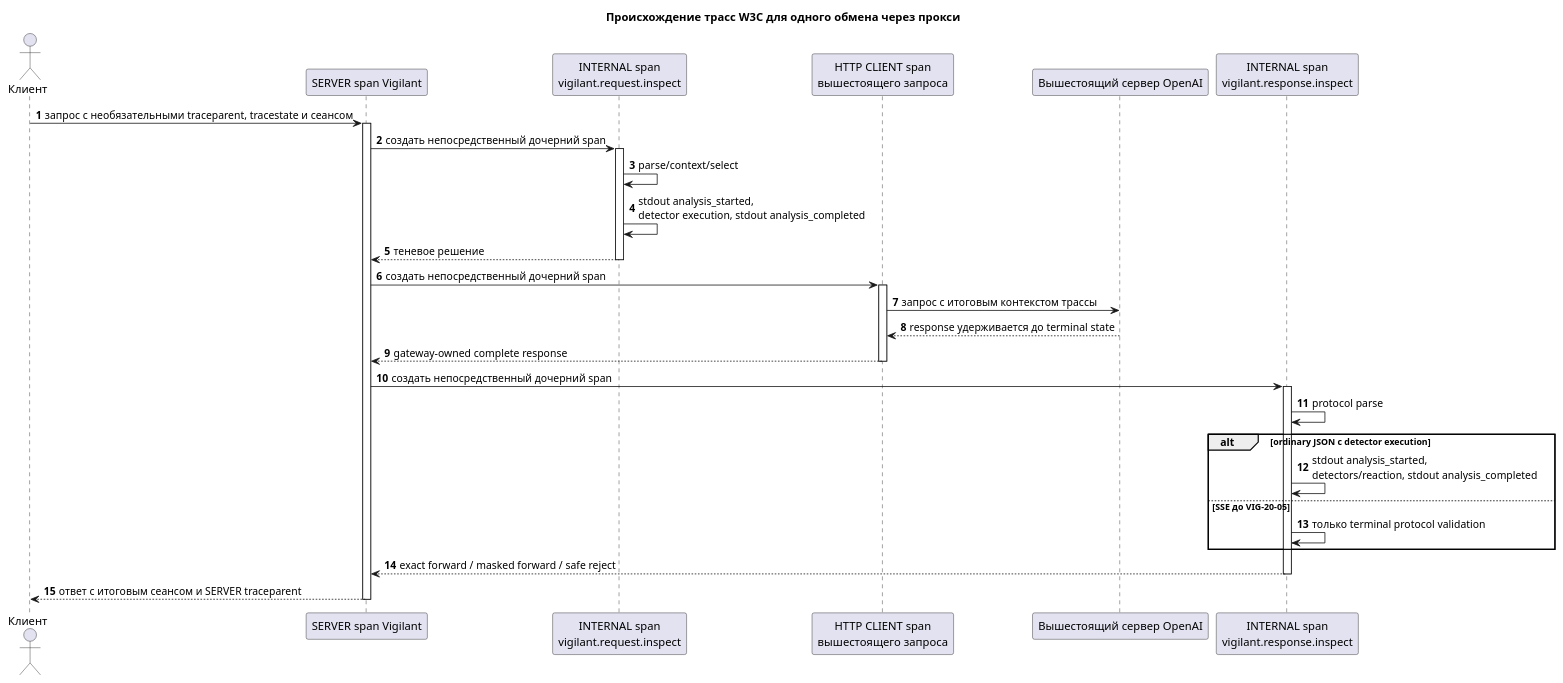
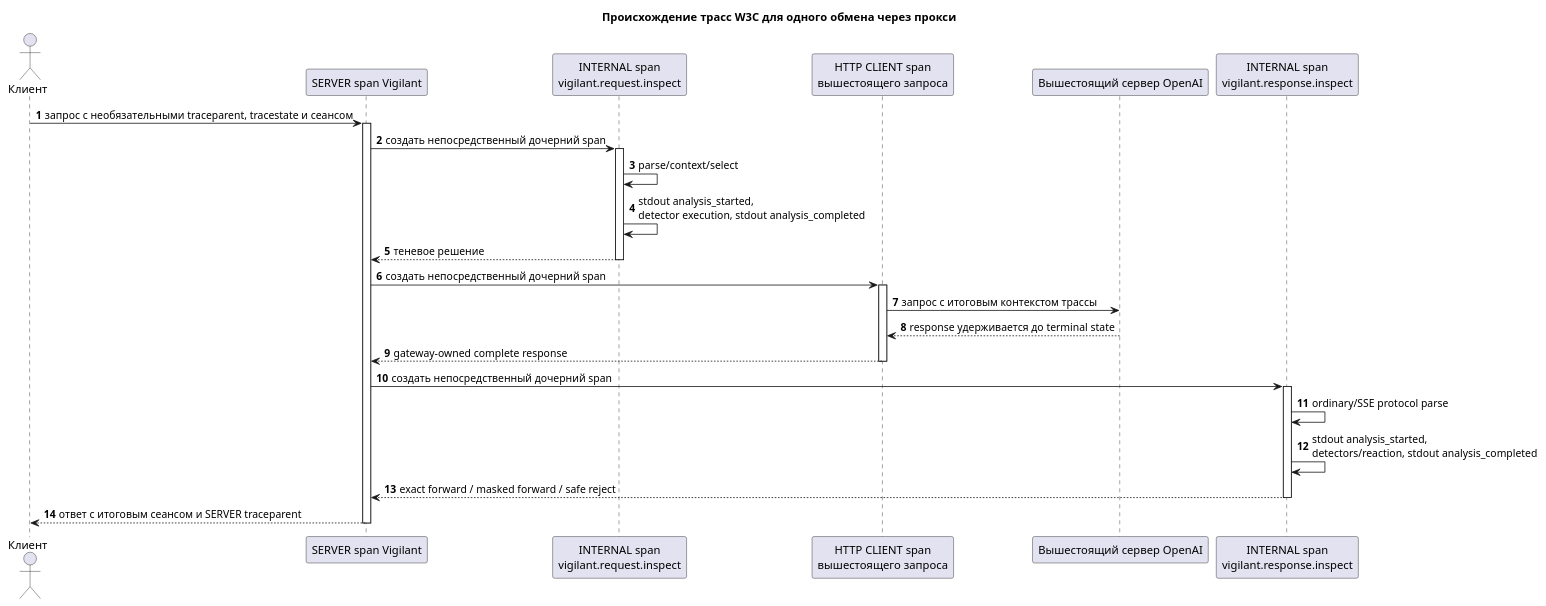
The diagram in docs/diagrams/tracing-sequence.puml (finnetrolle/vigilant), drawn with PlantUML before and after one commit. The commit also changed 35 other files, not shown here.

```diff
--- a/docs/diagrams/tracing-sequence.puml
+++ b/docs/diagrams/tracing-sequence.puml
@@ -1,38 +1,34 @@
 @startuml
 title Происхождение трасс W3C для одного обмена через прокси
 autonumber
 
 actor "Клиент" as Client
 participant "SERVER span Vigilant" as Server
 participant "INTERNAL span\nvigilant.request.inspect" as RequestInspect
 participant "HTTP CLIENT span\nвышестоящего запроса" as UpstreamSpan
 participant "Вышестоящий сервер OpenAI" as Upstream
 participant "INTERNAL span\nvigilant.response.inspect" as ResponseInspect
 
 Client -> Server : запрос с необязательными traceparent, tracestate и сеансом
 activate Server
 Server -> RequestInspect : создать непосредственный дочерний span
 activate RequestInspect
 RequestInspect -> RequestInspect : parse/context/select
 RequestInspect -> RequestInspect : stdout analysis_started,\ndetector execution, stdout analysis_completed
 RequestInspect --> Server : теневое решение
 deactivate RequestInspect
 Server -> UpstreamSpan : создать непосредственный дочерний span
 activate UpstreamSpan
 UpstreamSpan -> Upstream : запрос с итоговым контекстом трассы
 Upstream --> UpstreamSpan : response удерживается до terminal state
 UpstreamSpan --> Server : gateway-owned complete response
 deactivate UpstreamSpan
 Server -> ResponseInspect : создать непосредственный дочерний span
 activate ResponseInspect
-ResponseInspect -> ResponseInspect : protocol parse
-alt ordinary JSON с detector execution
-  ResponseInspect -> ResponseInspect : stdout analysis_started,\ndetectors/reaction, stdout analysis_completed
-else SSE до VIG-20-05
-  ResponseInspect -> ResponseInspect : только terminal protocol validation
-end
+ResponseInspect -> ResponseInspect : ordinary/SSE protocol parse
+ResponseInspect -> ResponseInspect : stdout analysis_started,\ndetectors/reaction, stdout analysis_completed
 ResponseInspect --> Server : exact forward / masked forward / safe reject
 deactivate ResponseInspect
 Server --> Client : ответ с итоговым сеансом и SERVER traceparent
 deactivate Server
 @enduml
```
